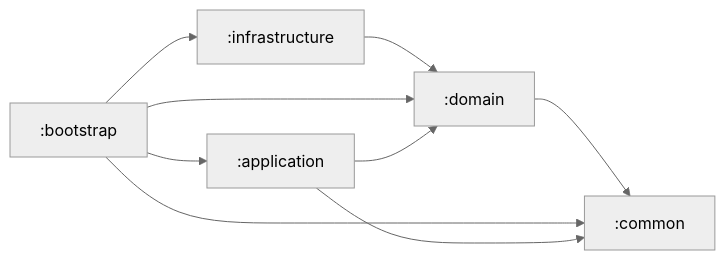
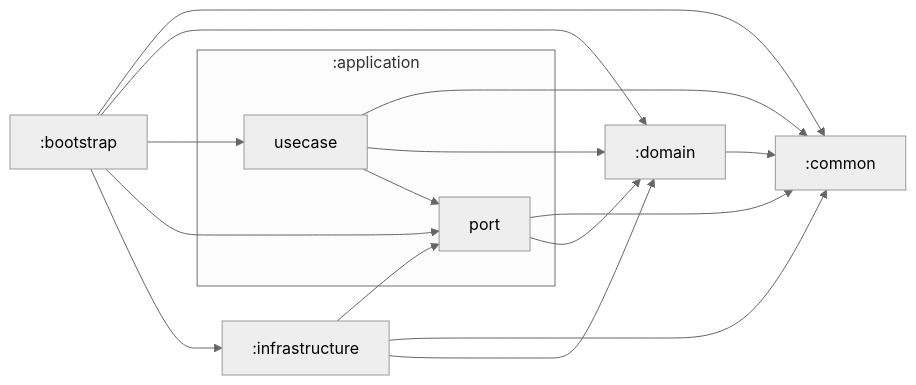
The diagram in backend/README.md (jincrates/coffeedia), drawn with Mermaid before and after one commit. The commit also changed 4 other files, not shown here.

Commit message:
feat: usecase, port 모듈 분리

````diff
--- a/backend/README.md
+++ b/backend/README.md
@@ -6,17 +6,27 @@
 ```mermaid
 %%{
   init: {
     'theme': 'neutral'
   }
 }%%
 
 graph LR
+  subgraph :application
+    :application:port["port"]
+    :application:usecase["usecase"]
+  end
+  :application:port --> :common
+  :application:port --> :domain
+  :infrastructure --> :common
   :infrastructure --> :domain
+  :infrastructure --> :application:port
   :domain --> :common
   :bootstrap --> :common
   :bootstrap --> :domain
-  :bootstrap --> :application
+  :bootstrap --> :application:usecase
+  :bootstrap --> :application:port
   :bootstrap --> :infrastructure
-  :application --> :common
-  :application --> :domain
+  :application:usecase --> :common
+  :application:usecase --> :domain
+  :application:usecase --> :application:port
 ```
````
